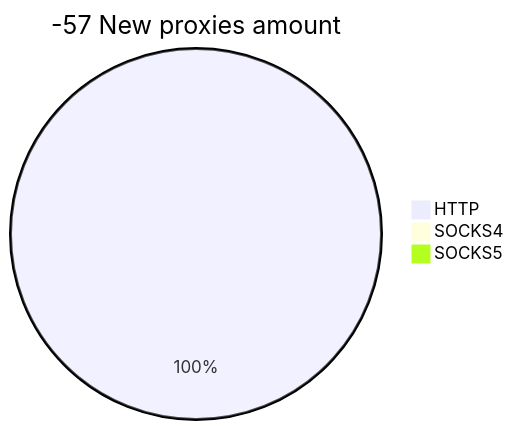
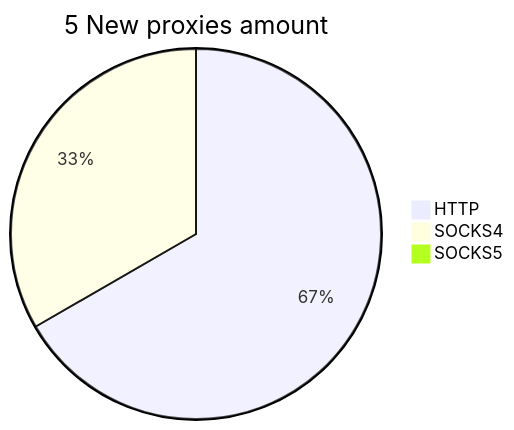
One commit to cutipu/proxylist changed the second of 2 diagrams in README.md. Above: the diagram before and after it, drawn with Mermaid. The commit also changed other lines of this file, not shown here.

````diff
--- a/README.md
+++ b/README.md
@@ -10,6 +10,6 @@
 ```mermaid
-pie title -57 New proxies amount
-    "HTTP" : 15
-    "SOCKS4" : 0
+pie title 5 New proxies amount
+    "HTTP" : 4
+    "SOCKS4" : 2
     "SOCKS5" : 0
 ```
````
